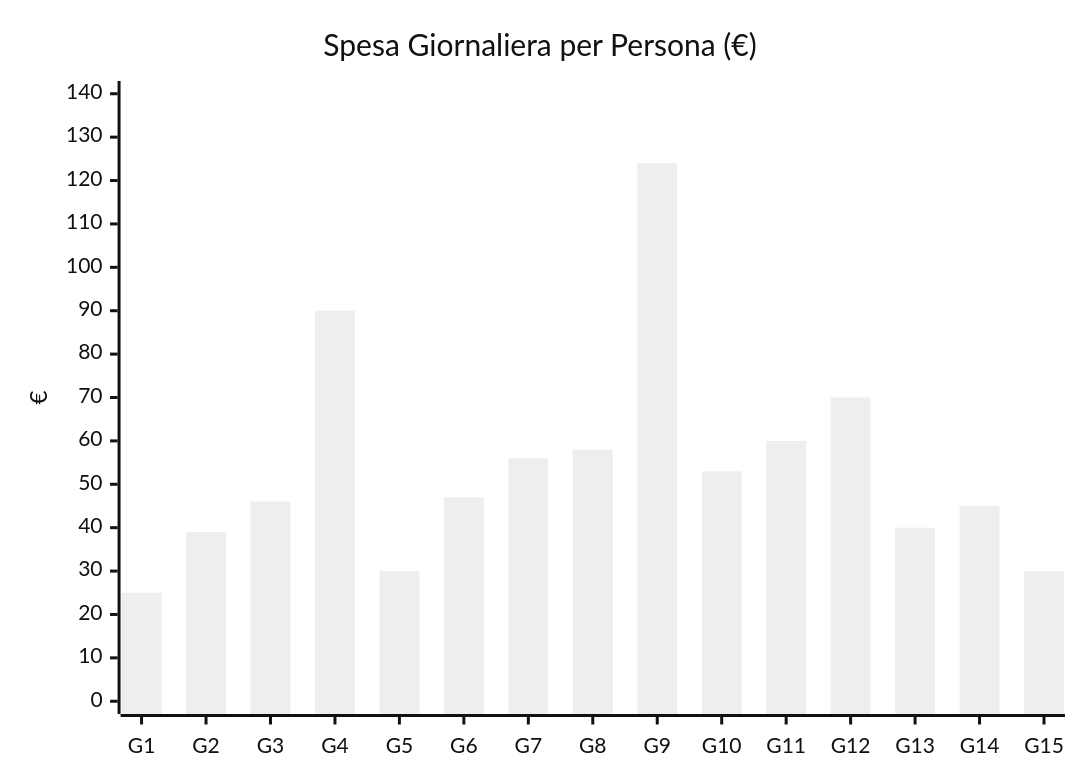
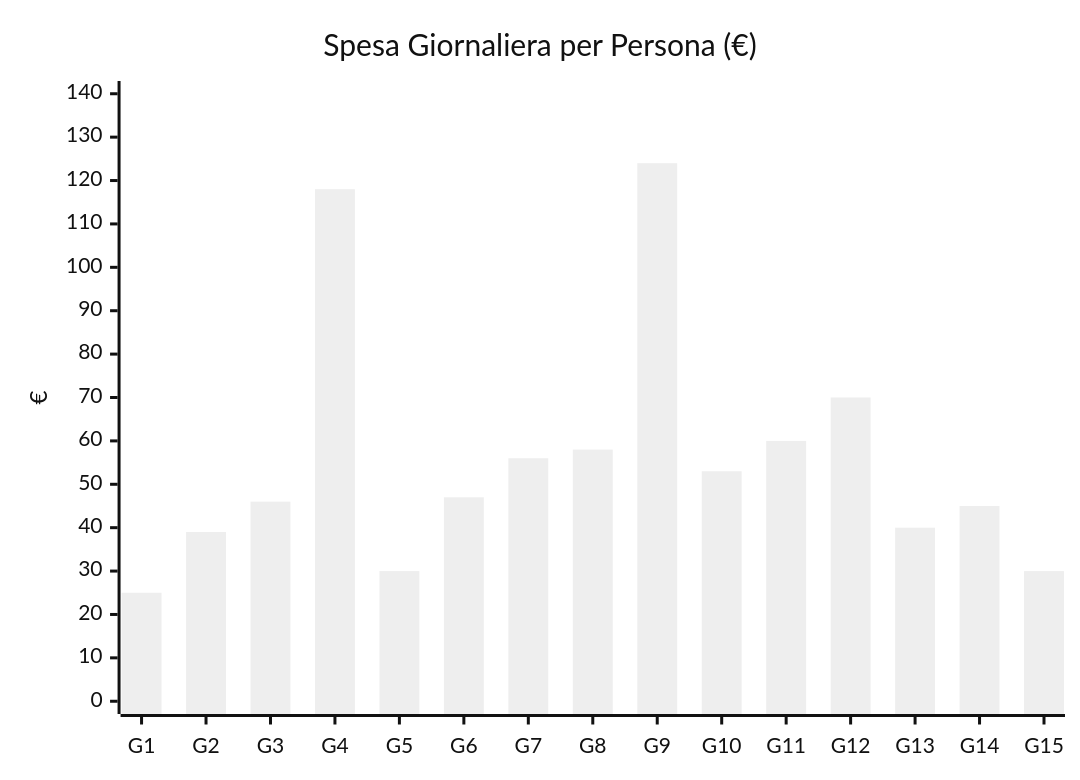
Before and after one commit to LorenzoPolito/Travel-Vault: the third of 3 diagrams in Itinerari/Japan/2026/Itinerario-Giappone-23ott-6nov2026.md, drawn with Mermaid. The commit also changed other lines of this file and 5 other files, not shown here.

First line of the commit message:
Giappone 2026: USJ prenotato (88 EUR con SNW+voucher pasto) e timeline orari per tutti i giorni

````diff
--- a/Itinerari/Japan/2026/Itinerario-Giappone-23ott-6nov2026.md
+++ b/Itinerari/Japan/2026/Itinerario-Giappone-23ott-6nov2026.md
@@ -124,11 +124,11 @@
 ```mermaid
 ---
 config:
   theme: neutral
 ---
 xychart-beta
     title "Spesa Giornaliera per Persona (€)"
     x-axis ["G1","G2","G3","G4","G5","G6","G7","G8","G9","G10","G11","G12","G13","G14","G15"]
     y-axis "€" 0 --> 140
-    bar [25,39,46,90,30,47,56,58,124,53,60,70,40,45,30]
+    bar [25,39,46,118,30,47,56,58,124,53,60,70,40,45,30]
 ```
````
